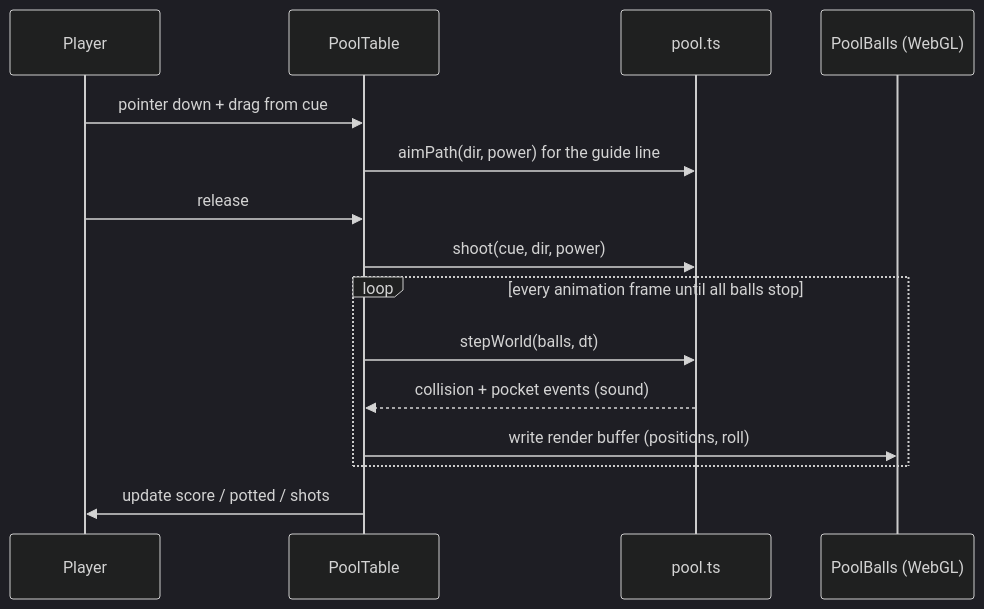
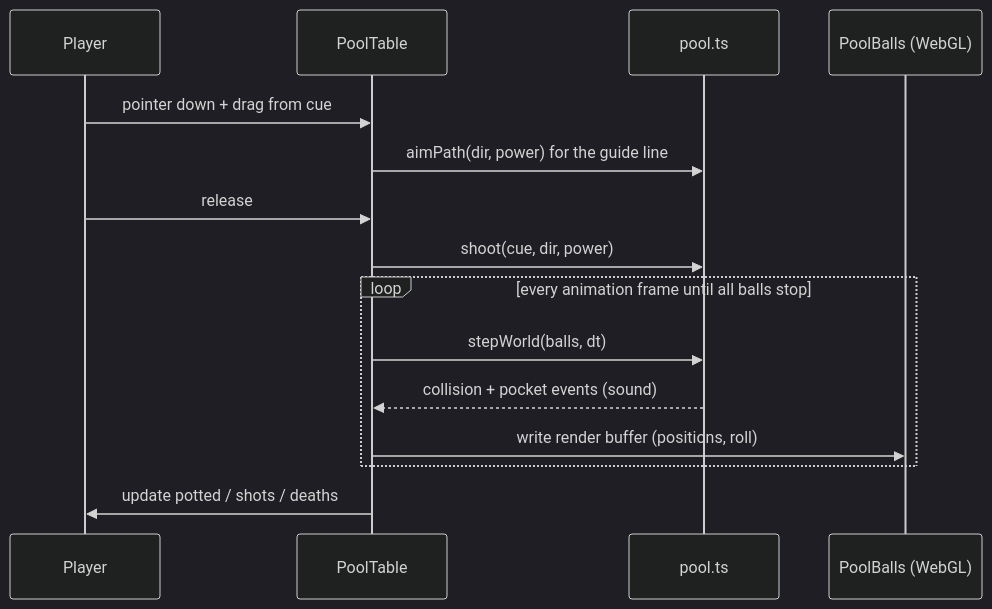
Before and after one commit to bunlongheng/country-pool: the second of 2 diagrams in README.md, drawn with Mermaid (dark theme). The commit also changed other lines of this file and 8 other files, not shown here.

````diff
--- a/README.md
+++ b/README.md
@@ -58,17 +63,17 @@
 ```mermaid
 sequenceDiagram
     participant U as Player
     participant T as PoolTable
     participant Po as pool.ts
     participant B as PoolBalls (WebGL)
     U->>T: pointer down + drag from cue
     T->>Po: aimPath(dir, power) for the guide line
     U->>T: release
     T->>Po: shoot(cue, dir, power)
     loop every animation frame until all balls stop
         T->>Po: stepWorld(balls, dt)
         Po-->>T: collision + pocket events (sound)
         T->>B: write render buffer (positions, roll)
     end
-    T->>U: update score / potted / shots
+    T->>U: update potted / shots / deaths
 ```
````
